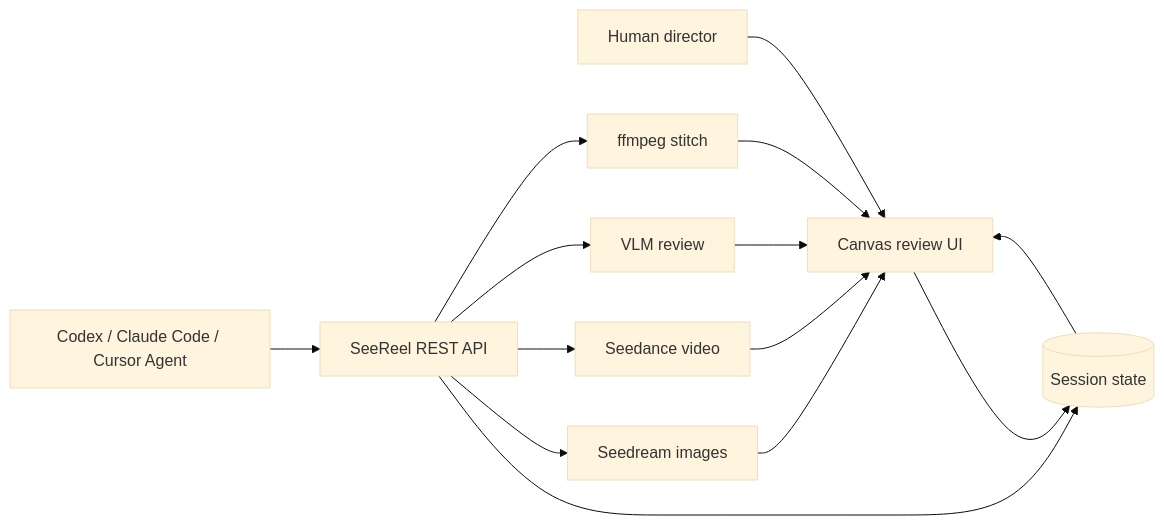
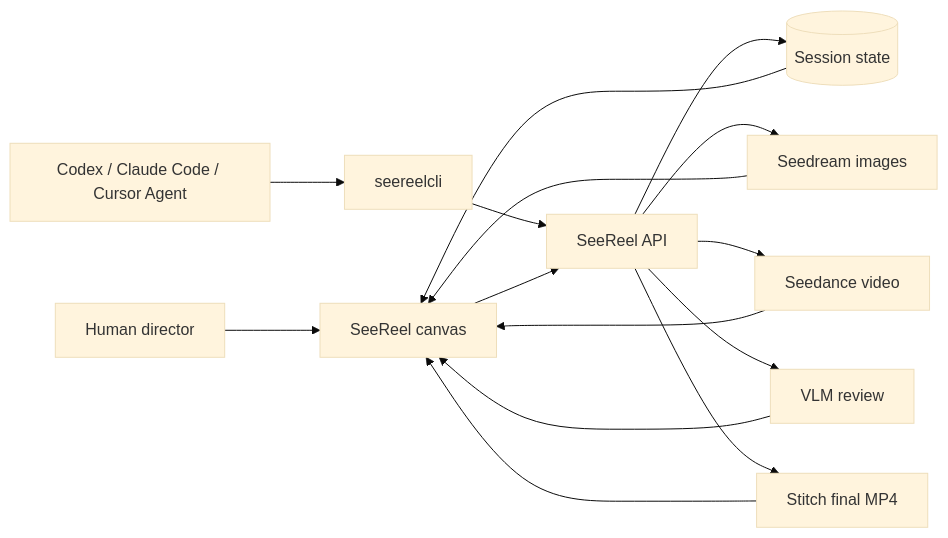
The diagram in README.md (feifeibear/SeeReel), drawn with Mermaid (base theme) before and after one commit. The commit also changed other lines of this file and 43 other files, not shown here.

Commit message:
Release SeeReel gallery and CLI refresh

````diff
--- a/README.md
+++ b/README.md
@@ -133,16 +112,17 @@
 ```mermaid
 flowchart LR
-  Human[Human director] --> UI[Canvas review UI]
-  Agent[Codex / Claude Code / Cursor Agent] --> API[SeeReel REST API]
-  UI --> Store[(Session state)]
-  API --> Store
-  API --> Seedream[Seedream images]
-  API --> Seedance[Seedance video]
-  API --> VLM[VLM review]
-  API --> Stitch[ffmpeg stitch]
+  Human["Human director"] --> UI["SeeReel canvas"]
+  Agent["Codex / Claude Code / Cursor Agent"] --> CLI["seereelcli"]
+  CLI --> API["SeeReel API"]
+  UI --> API
+  API --> Store[("Session state")]
+  API --> Seedream["Seedream images"]
+  API --> Seedance["Seedance video"]
+  API --> Review["VLM review"]
+  API --> Stitch["Stitch final MP4"]
   Store --> UI
   Seedream --> UI
   Seedance --> UI
-  VLM --> UI
+  Review --> UI
   Stitch --> UI
 ```
````
